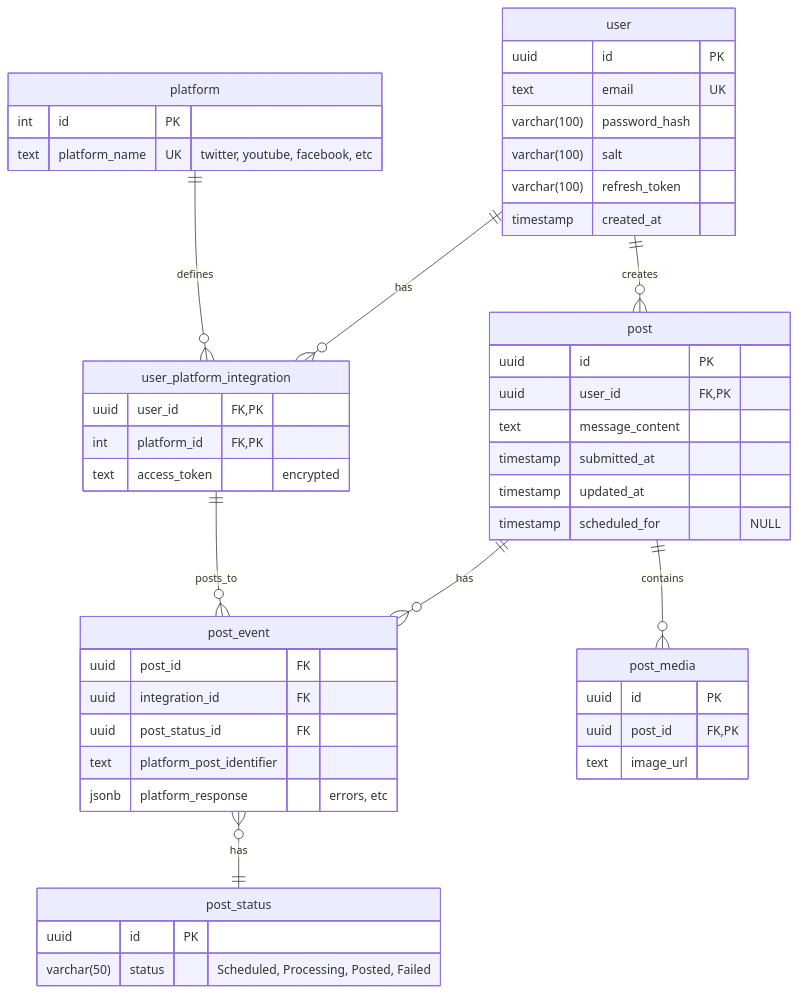
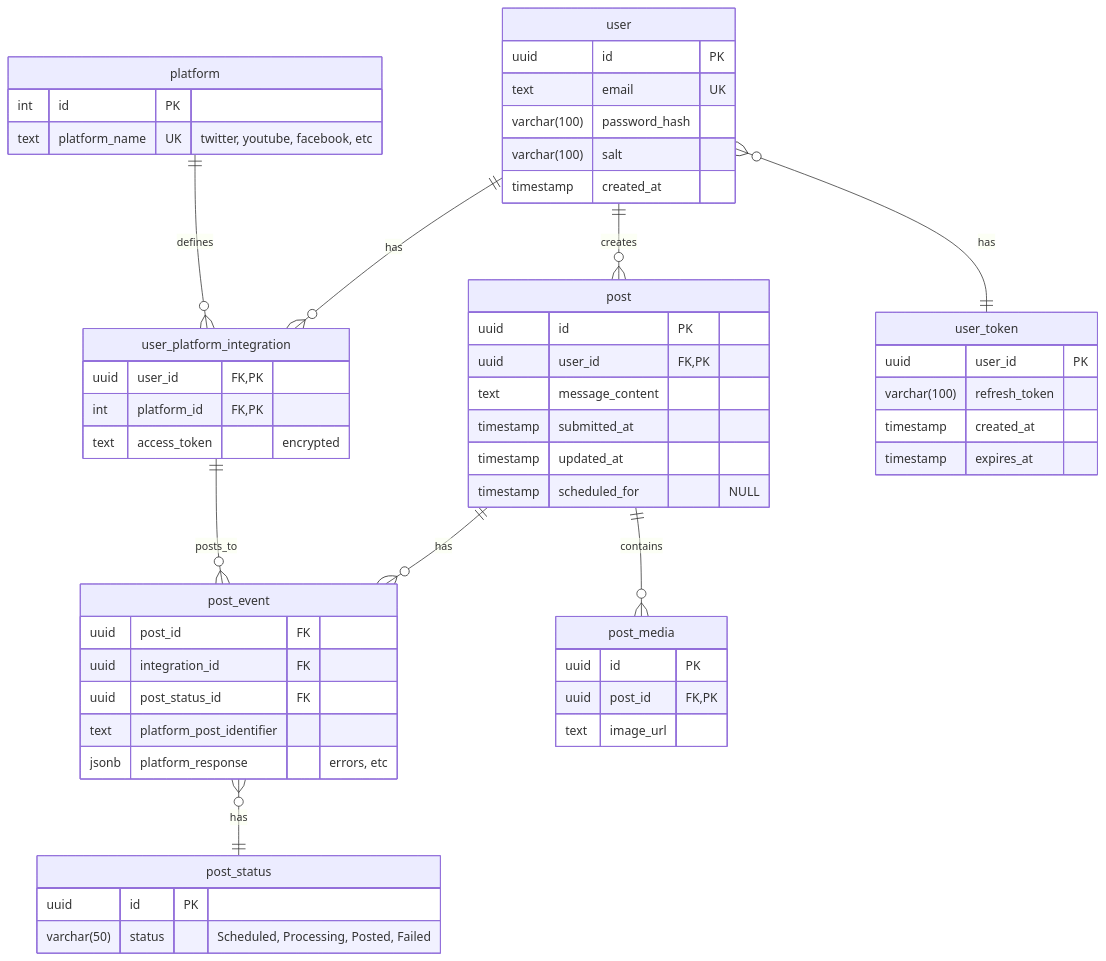
One commit to JKMN-Projects/ripple_sync_backend changed the diagram in documentation/diagrams/er_diagram.md. Above: the diagram before and after it, drawn with Mermaid.

````diff
--- a/documentation/diagrams/er_diagram.md
+++ b/documentation/diagrams/er_diagram.md
@@ -3,60 +3,67 @@
 ``` mermaid
 
     erDiagram
     user ||--o{ user_platform_integration : "has"
     user ||--o{ post : "creates"
     platform ||--o{ user_platform_integration : "defines"
     post ||--o{ post_event : "has"
     user_platform_integration ||--o{ post_event : "posts_to"
     post ||--o{ post_media : "contains"
     post_event }o--|| post_status : "has"
+    user }o--|| user_token : "has"
 
 
     user {
         uuid id PK
         text email UK
         varchar(100) password_hash
         varchar(100) salt
+        timestamp created_at 
+    }
+
+    user_token {
+        uuid user_id PK
         varchar(100) refresh_token
-        timestamp created_at 
+        timestamp created_at
+        timestamp expires_at
     }
 
     platform {
         int id PK
         text platform_name UK "twitter, youtube, facebook, etc"
     }
 
     user_platform_integration {
         uuid user_id FK, PK
         int platform_id FK, PK
         text access_token "encrypted"
     }
 
     post {
         uuid id PK
         uuid user_id FK, PK
         text message_content
         timestamp submitted_at
         timestamp updated_at
         timestamp scheduled_for "NULL"
     }
 
     post_media {
         uuid id PK
         uuid post_id FK, PK
         text image_url 
     }
 
     post_event {
         uuid post_id FK
         uuid integration_id FK
         uuid post_status_id FK
         text platform_post_identifier 
         jsonb platform_response "errors, etc"
     }
 
     post_status {
         uuid id PK
         varchar(50) status "Scheduled, Processing, Posted, Failed"
     }
 ```
````
